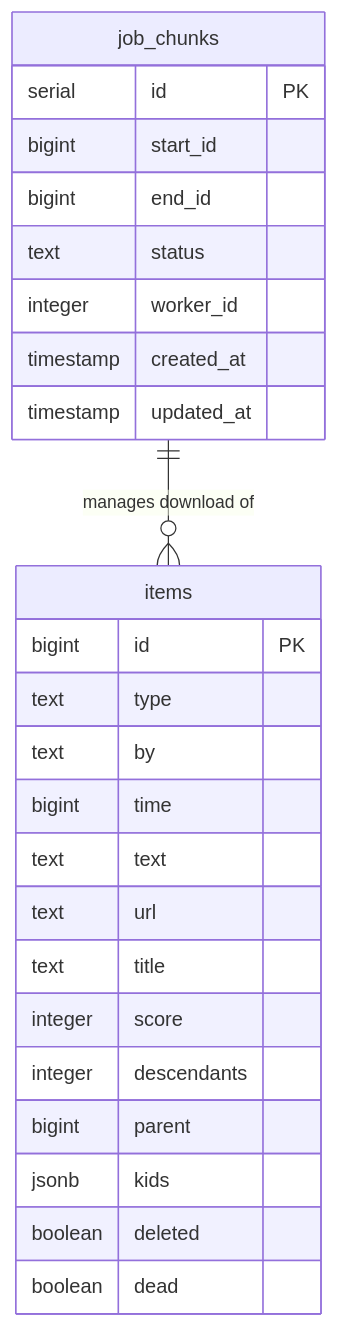
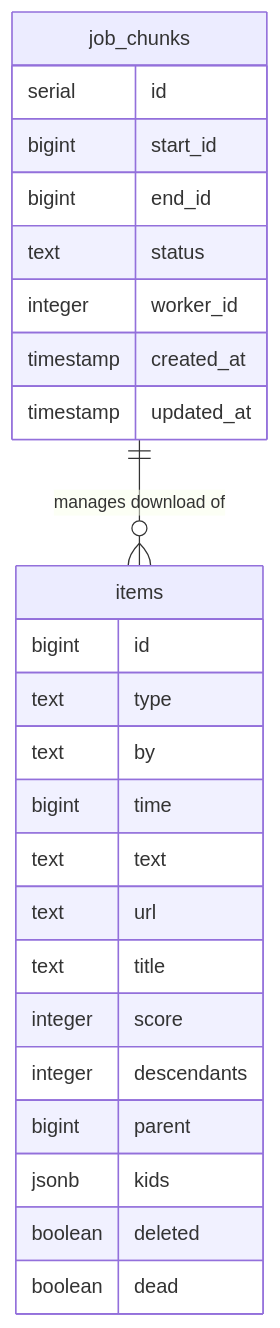
Before and after one commit to teddy-mcdermott/hacker-news-analytics: the diagram in Scraper/Scraper_README.md, drawn with Mermaid. The commit also changed other lines of this file, not shown here.

````diff
--- a/Scraper/Scraper_README.md
+++ b/Scraper/Scraper_README.md
@@ -206,30 +207,30 @@
 ```mermaid
 erDiagram
     items {
-        bigint id PK
+        bigint id
         text type
         text by
         bigint time
         text text
         text url
         text title
         integer score
         integer descendants
         bigint parent
         jsonb kids
         boolean deleted
         boolean dead
     }
     
     job_chunks {
-        serial id PK
+        serial id
         bigint start_id
         bigint end_id
         text status
         integer worker_id
         timestamp created_at
         timestamp updated_at
     }
     
     job_chunks ||--o{ items : "manages download of"
 ```
````
